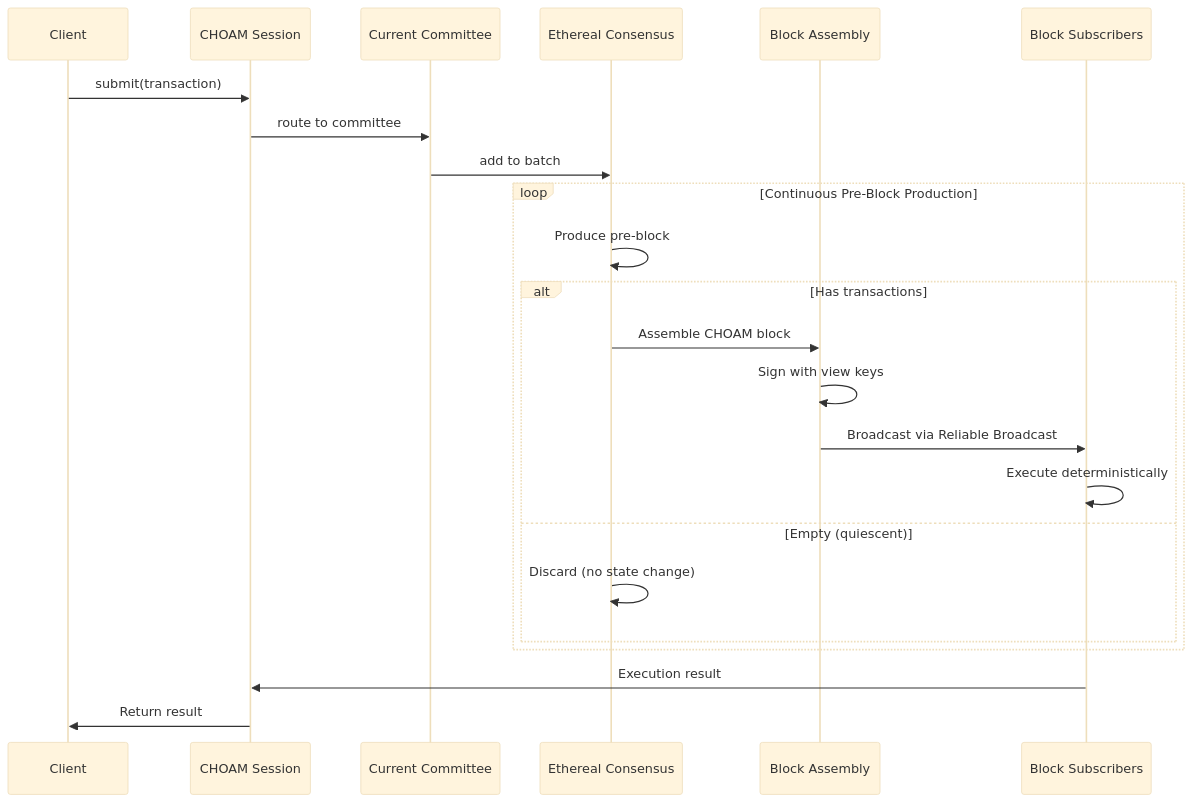
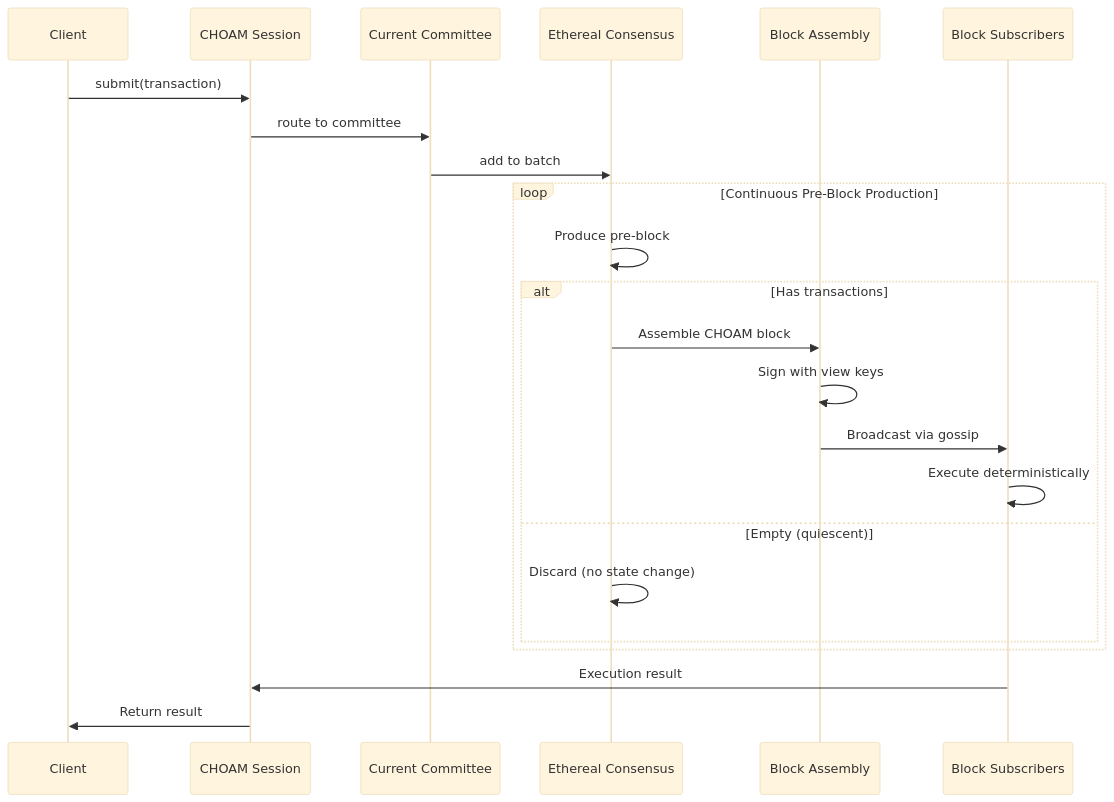
Before and after one commit to Hellblazer/Delos: the third of 6 diagrams in choam/README.md, drawn with Mermaid (base theme). The commit also changed other lines of this file and 5 other files, not shown here.

````diff
--- a/choam/README.md
+++ b/choam/README.md
@@ -136,28 +136,28 @@
 ```mermaid
 sequenceDiagram
     participant Client
     participant Session as CHOAM Session
     participant Committee as Current Committee
     participant Ethereal as Ethereal Consensus
     participant Block as Block Assembly
     participant Subscribers as Block Subscribers
 
     Client->>Session: submit(transaction)
     Session->>Committee: route to committee
     Committee->>Ethereal: add to batch
 
     loop Continuous Pre-Block Production
         Ethereal->>Ethereal: Produce pre-block
         alt Has transactions
             Ethereal->>Block: Assemble CHOAM block
             Block->>Block: Sign with view keys
-            Block->>Subscribers: Broadcast via Reliable Broadcast
+            Block->>Subscribers: Broadcast via gossip
             Subscribers->>Subscribers: Execute deterministically
         else Empty (quiescent)
             Ethereal->>Ethereal: Discard (no state change)
         end
     end
 
     Subscribers->>Session: Execution result
     Session->>Client: Return result
 ```
````
